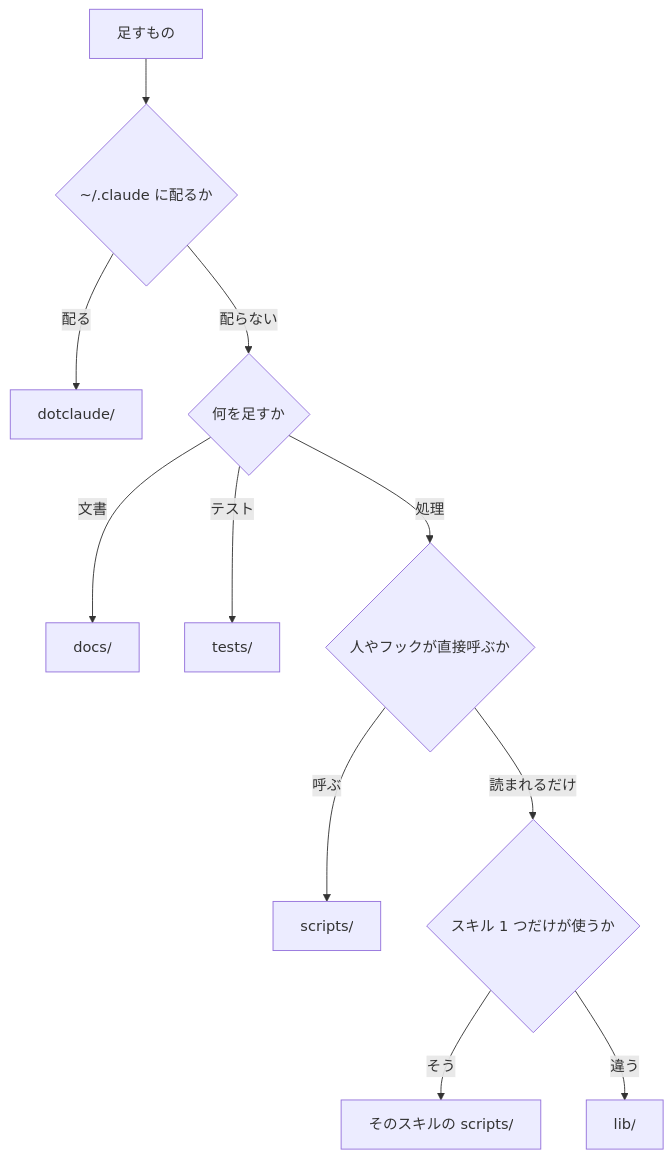
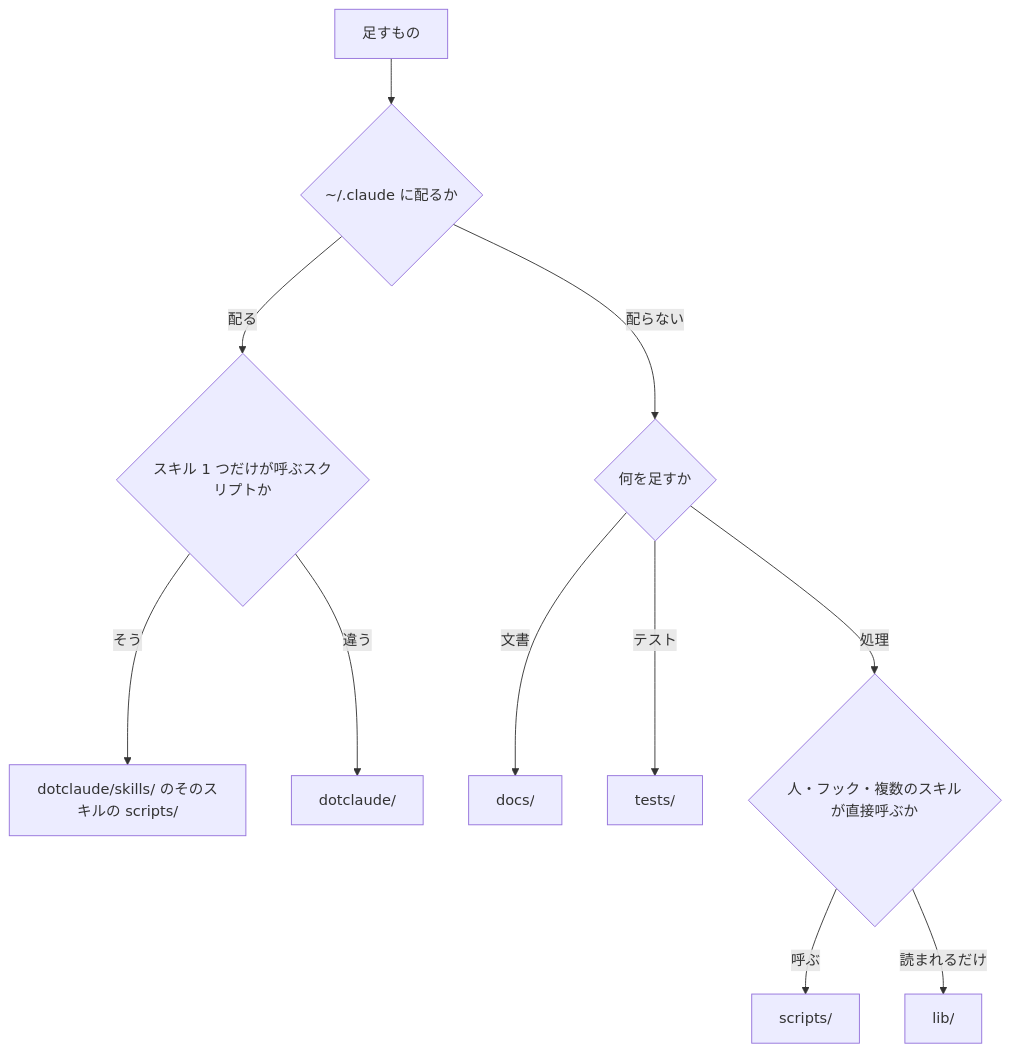
Before and after one commit to yossibank/claude-config: the diagram in docs/config/development.md, drawn with Mermaid. The commit also changed 1 other file, not shown here.

Commit message:
docs: route skill scripts under dotclaude in the layout chart
- 置き場所の図で、スキル 1 つだけが呼ぶスクリプトを配る側に移し、複数のスキルが呼ぶ道具を scripts/ に向けた
- 台帳を 1 本にしたので、根の文書のパスを確かめるテストの名前と説明を直した

````diff
--- a/docs/config/development.md
+++ b/docs/config/development.md
@@ -126,13 +126,13 @@
 ```mermaid
 flowchart TD
     start["足すもの"] --> home{"~/.claude に配るか"}
-    home -->|配る| dotclaude["dotclaude/"]
+    home -->|配る| owner{"スキル 1 つだけが呼ぶスクリプトか"}
+    owner -->|そう| skill["dotclaude/skills/ のそのスキルの scripts/"]
+    owner -->|違う| dotclaude["dotclaude/"]
     home -->|配らない| kind{"何を足すか"}
     kind -->|文書| docs["docs/"]
     kind -->|テスト| tests["tests/"]
-    kind -->|処理| entry{"人やフックが直接呼ぶか"}
+    kind -->|処理| entry{"人・フック・複数のスキルが直接呼ぶか"}
     entry -->|呼ぶ| scripts["scripts/"]
-    entry -->|読まれるだけ| owner{"スキル 1 つだけが使うか"}
-    owner -->|そう| skill["そのスキルの scripts/"]
-    owner -->|違う| lib["lib/"]
+    entry -->|読まれるだけ| lib["lib/"]
 ```
````
